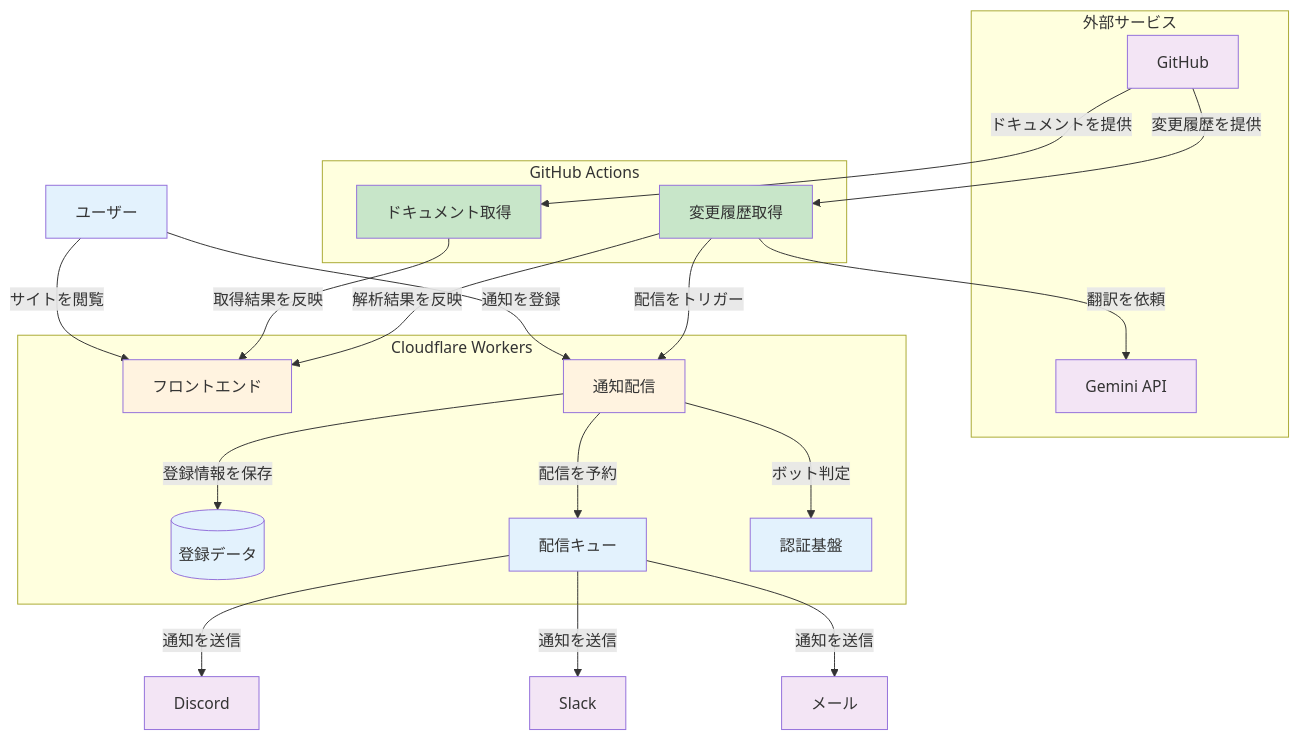
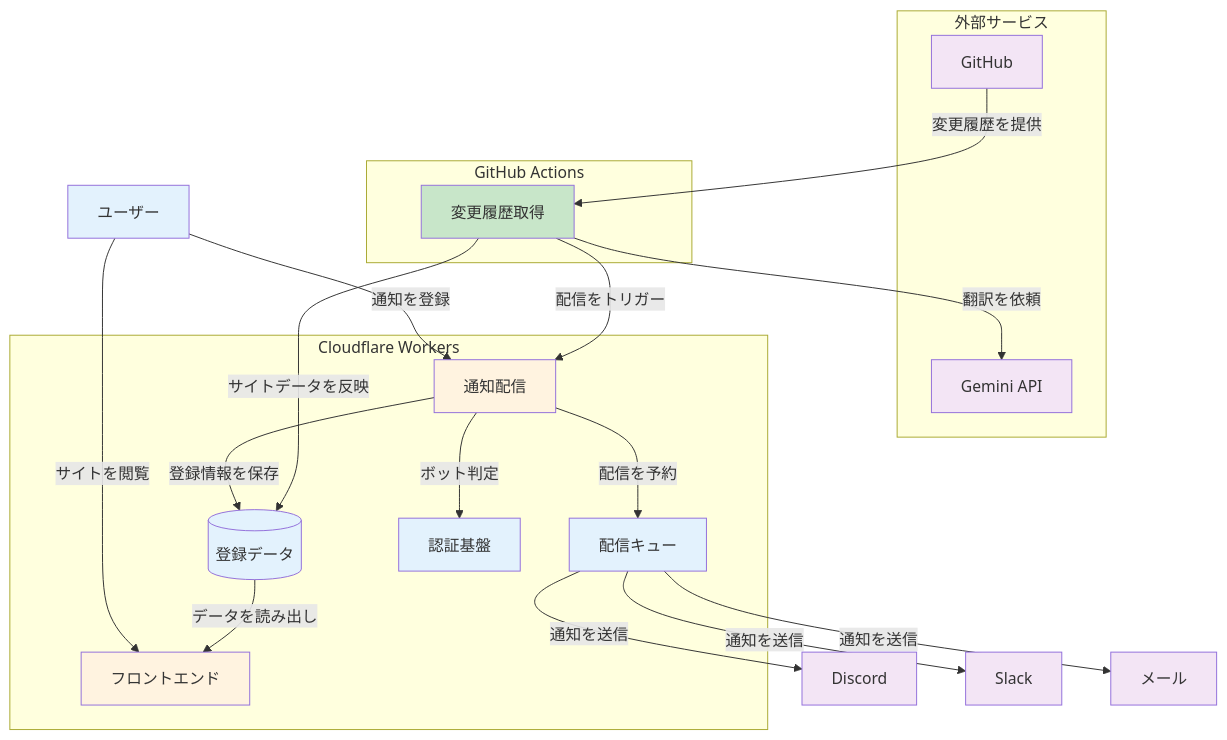
One commit to Suntory-N-Water/claude-code-changelog-viewer changed the diagram in README.md. Above: the diagram before and after it, drawn with Mermaid. The commit also changed other lines of this file and 1654 other files, not shown here.

````diff
--- a/README.md
+++ b/README.md
@@ -82,55 +72,52 @@
 ```mermaid
 graph TD
     subgraph "外部サービス"
         GH[GitHub]
         GEMINI[Gemini API]
     end
 
     subgraph "GitHub Actions"
         FETCH_CL[変更履歴取得]
-        FETCH_DOC[ドキュメント取得]
     end
 
     subgraph "Cloudflare Workers"
         WWW[フロントエンド]
         NW[通知配信]
         D1[(登録データ)]
         QUEUES[配信キュー]
         TURNSTILE[認証基盤]
     end
 
     USER[ユーザー]
     DISCORD[Discord]
     SLACK[Slack]
     EMAIL[メール]
 
     GH -->|変更履歴を提供| FETCH_CL
-    GH -->|ドキュメントを提供| FETCH_DOC
     FETCH_CL -->|翻訳を依頼| GEMINI
-    FETCH_CL -->|解析結果を反映| WWW
-    FETCH_DOC -->|取得結果を反映| WWW
+    FETCH_CL -->|サイトデータを反映| D1
+    D1 -->|データを読み出し| WWW
     FETCH_CL -->|配信をトリガー| NW
 
     USER -->|サイトを閲覧| WWW
     USER -->|通知を登録| NW
     NW -->|ボット判定| TURNSTILE
     NW -->|登録情報を保存| D1
     NW -->|配信を予約| QUEUES
     QUEUES -->|通知を送信| DISCORD
     QUEUES -->|通知を送信| SLACK
     QUEUES -->|通知を送信| EMAIL
 
     style GH fill:#f3e5f5
     style GEMINI fill:#f3e5f5
     style FETCH_CL fill:#c8e6c9
-    style FETCH_DOC fill:#c8e6c9
     style WWW fill:#fff3e0
     style NW fill:#fff3e0
     style D1 fill:#e3f2fd
     style QUEUES fill:#e3f2fd
     style TURNSTILE fill:#e3f2fd
     style USER fill:#e3f2fd
     style DISCORD fill:#f3e5f5
     style SLACK fill:#f3e5f5
     style EMAIL fill:#f3e5f5
 ```
````
